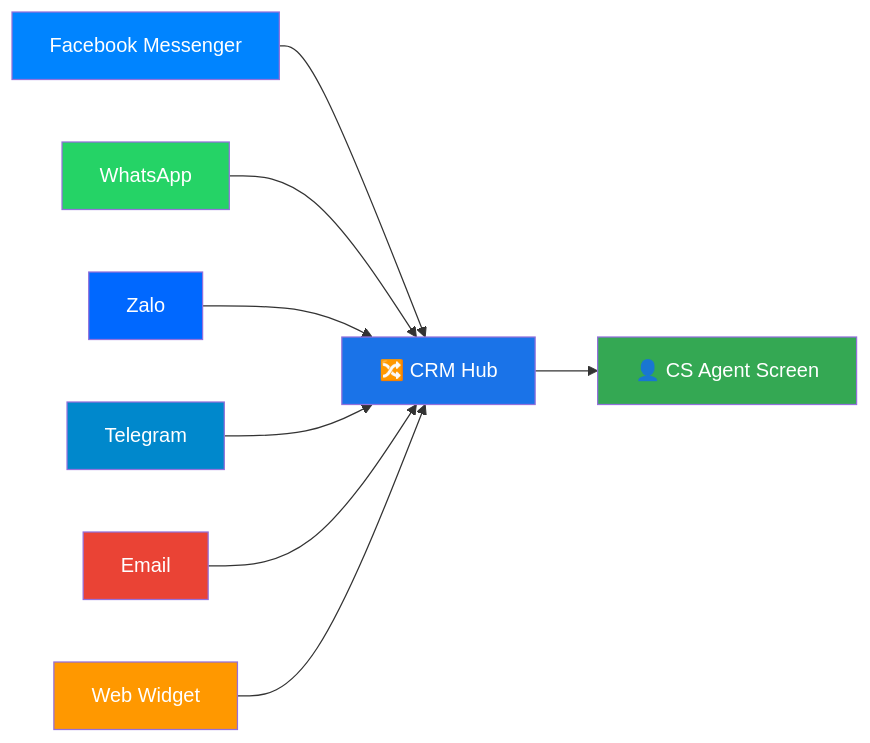
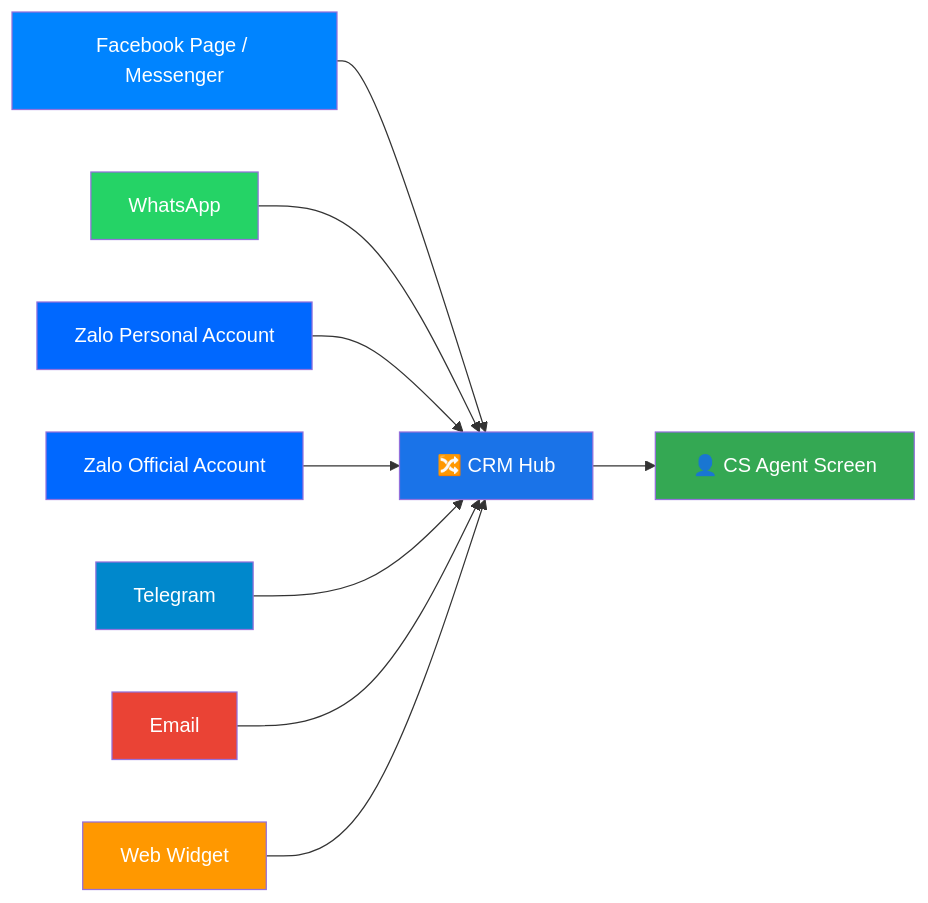
One commit to b-platform-vn/docs--business-requirements changed the second of 3 diagrams in products/crm/README.md. Above: the diagram before and after it, drawn with Mermaid. The commit also changed other lines of this file and 18 other files, not shown here.

````diff
--- a/products/crm/README.md
+++ b/products/crm/README.md
@@ -57,19 +73,21 @@
 ```mermaid
 graph LR
-    FB[Facebook Messenger] --> CRM[🔀 CRM Hub]
+    FB[Facebook Page / Messenger] --> CRM[🔀 CRM Hub]
     WA[WhatsApp] --> CRM
-    ZL[Zalo] --> CRM
+    ZP[Zalo Personal Account] --> CRM
+    ZO[Zalo Official Account] --> CRM
     TG[Telegram] --> CRM
     EM[Email] --> CRM
     WW[Web Widget] --> CRM
     CRM --> CS[👤 CS Agent Screen]
 
     style CRM fill:#1a73e8,color:#fff
     style CS fill:#34a853,color:#fff
     style FB fill:#0084FF,color:#fff
     style WA fill:#25D366,color:#fff
-    style ZL fill:#0068FF,color:#fff
+    style ZP fill:#0068FF,color:#fff
+    style ZO fill:#0068FF,color:#fff
     style TG fill:#0088cc,color:#fff
     style EM fill:#EA4335,color:#fff
     style WW fill:#FF9800,color:#fff
 ```
````
